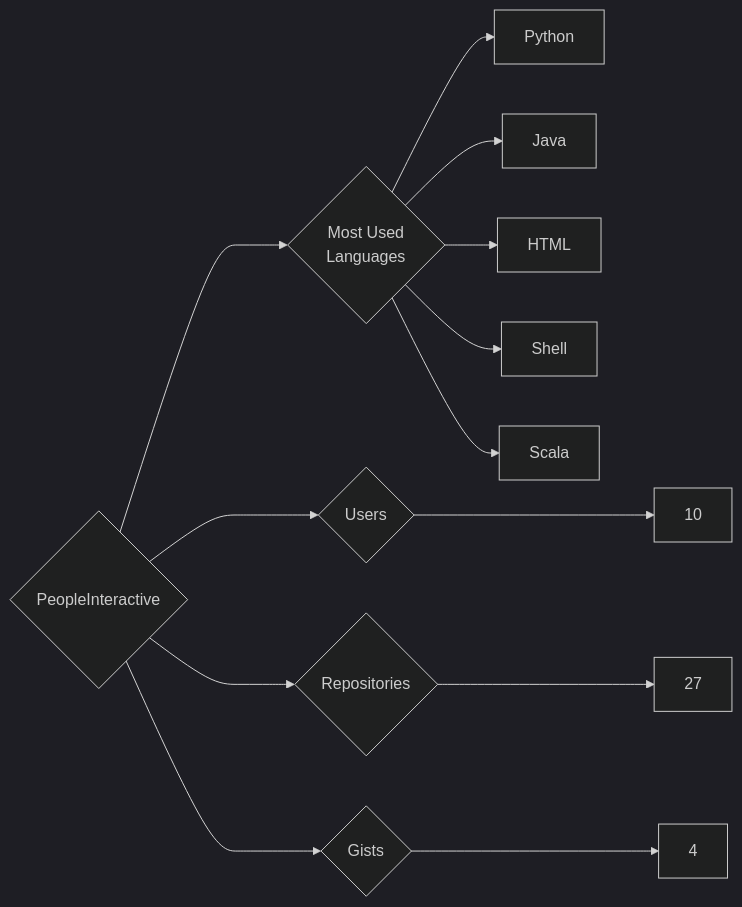
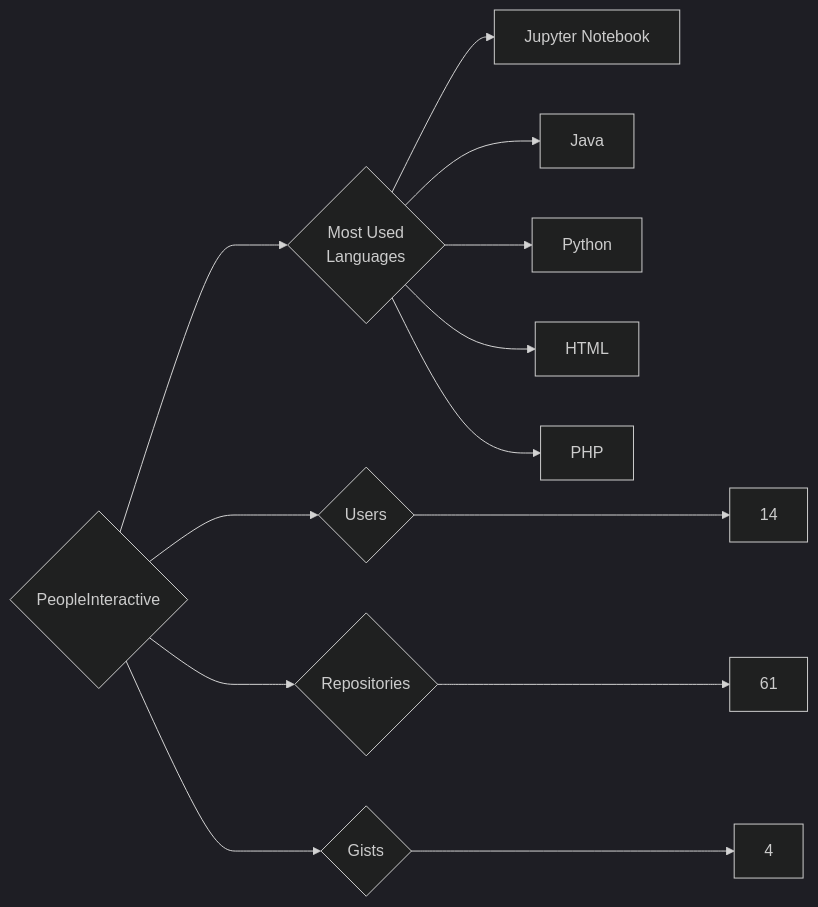
Before and after one commit to trickest/insiders: the diagram in targets/PeopleInteractive/README.md, drawn with Mermaid (dark theme). The commit also changed 1484 other files, not shown here.

````diff
--- a/targets/PeopleInteractive/README.md
+++ b/targets/PeopleInteractive/README.md
@@ -3,13 +3,13 @@
 ```mermaid
 graph LR
 COMPANY_NAME{PeopleInteractive}
-COMPANY_NAME ---> U{Users} ---> UN[10]
-COMPANY_NAME ---> R{Repositories} ---> RN[27]
+COMPANY_NAME ---> U{Users} ---> UN[14]
+COMPANY_NAME ---> R{Repositories} ---> RN[61]
 COMPANY_NAME ---> G{Gists} ---> GN[4]
 COMPANY_NAME ---> ML{Most Used<br>Languages}
+ML --> Jupyter_Notebook[Jupyter Notebook]
+ML --> Java[Java]
 ML --> Python[Python]
-ML --> Java[Java]
 ML --> HTML[HTML]
-ML --> Shell[Shell]
-ML --> Scala[Scala]
+ML --> PHP[PHP]
 ```
````
